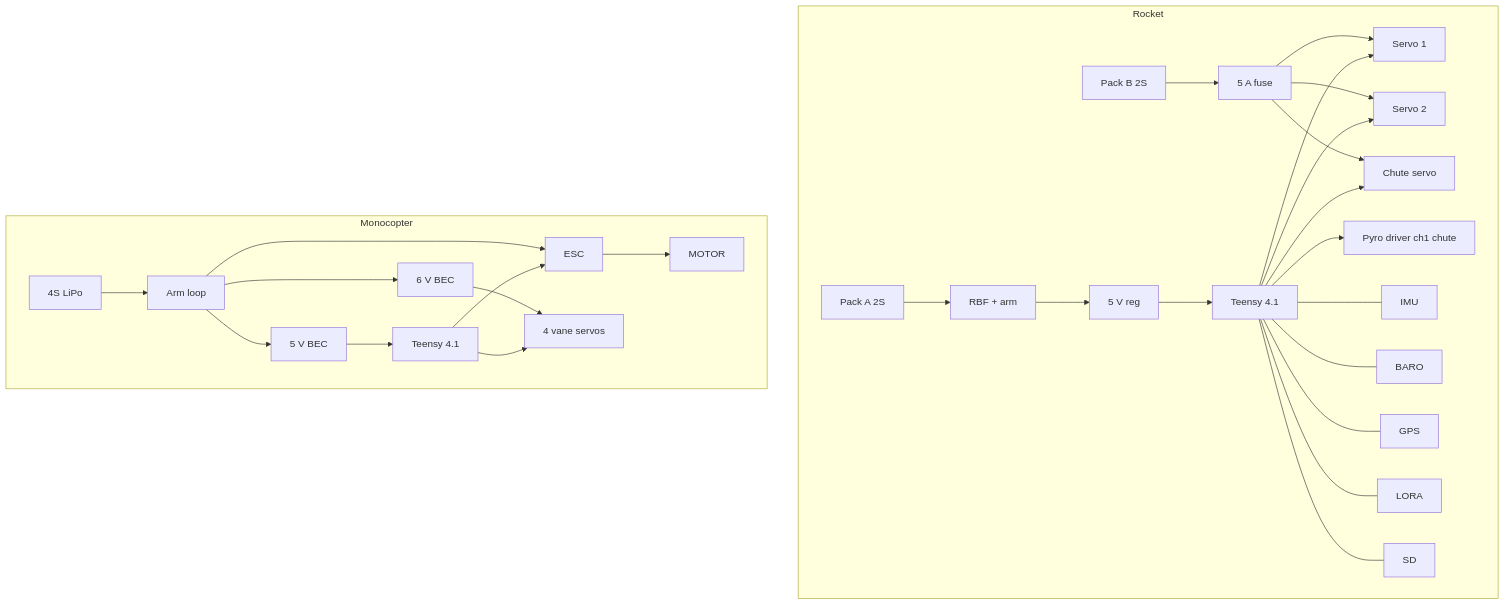
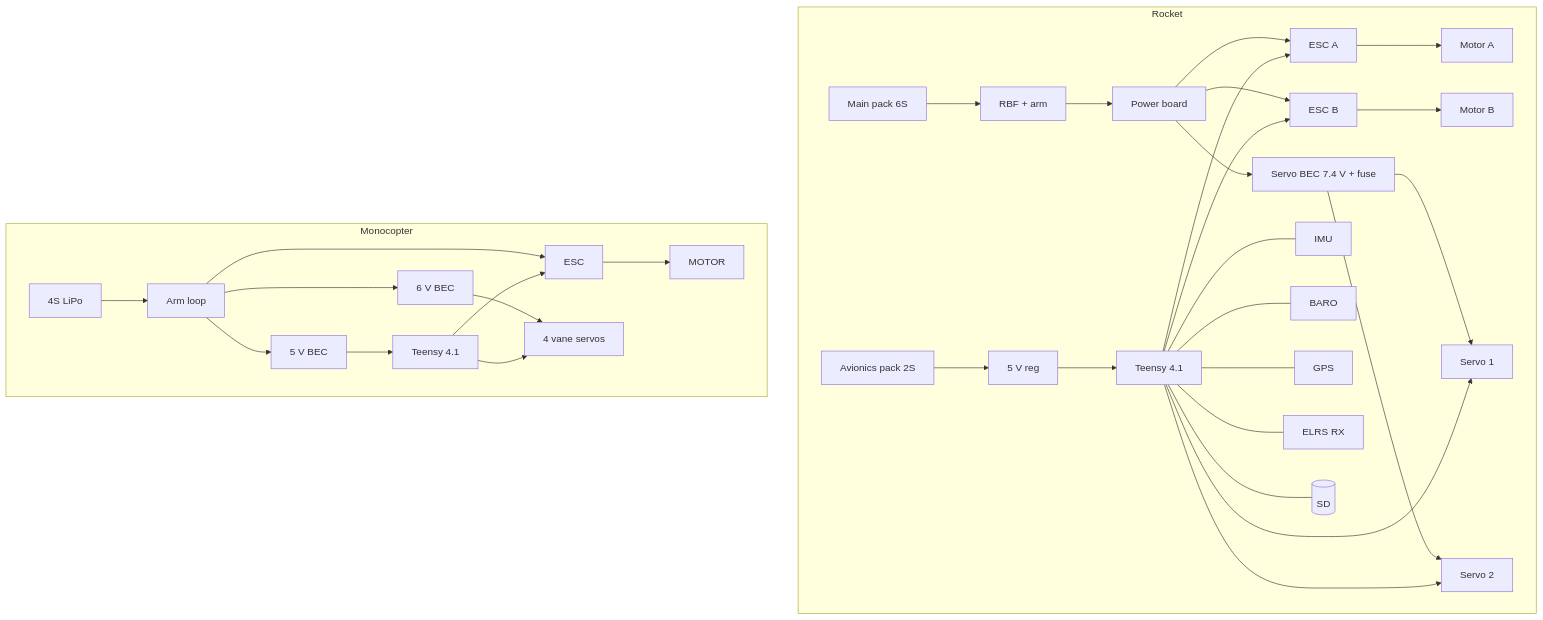
The second of 2 diagrams in docs/02-architecture.md (JeyaVardhan-L/Single-Thrust-Vector-Controlled-Rocket), drawn with Mermaid before and after one commit. The commit also changed other lines of this file and 53 other files, not shown here.

````diff
--- a/docs/02-architecture.md
+++ b/docs/02-architecture.md
@@ -71,19 +71,19 @@
 ```mermaid
 flowchart TB
   subgraph Rocket
-    PA[Pack A 2S] --> RBF[RBF + arm] --> REG[5 V reg] --> MCU[Teensy 4.1]
-    PB[Pack B 2S] --> FUSE[5 A fuse] --> S1[Servo 1]
-    FUSE --> S2[Servo 2]
-    FUSE --> S3[Chute servo]
-    MCU --> S1 & S2 & S3
-    MCU --> PYRO[Pyro driver ch1 chute]
-    MCU --- IMU & BARO & GPS & LORA & SD
+    MAIN[Main pack 6S] --> RBF[RBF + arm] --> PDB[Power board]
+    PDB --> ESCA[ESC A] --> MA[Motor A]
+    PDB --> ESCB[ESC B] --> MB[Motor B]
+    PDB --> BEC7[Servo BEC 7.4 V + fuse] --> S1[Servo 1] & S2[Servo 2]
+    AVI[Avionics pack 2S] --> REG5[5 V reg] --> MCU[Teensy 4.1]
+    MCU --> ESCA & ESCB & S1 & S2
+    MCU --- IMU & BARO & GPS & RX[ELRS RX] & SD[(SD)]
   end
   subgraph Monocopter
     B4[4S LiPo] --> ARM[Arm loop] --> ESC --> MOTOR
     ARM --> BEC6[6 V BEC] --> VS[4 vane servos]
     ARM --> BEC5[5 V BEC] --> MCU2[Teensy 4.1]
     MCU2 --> ESC
     MCU2 --> VS
   end
 ```
````
